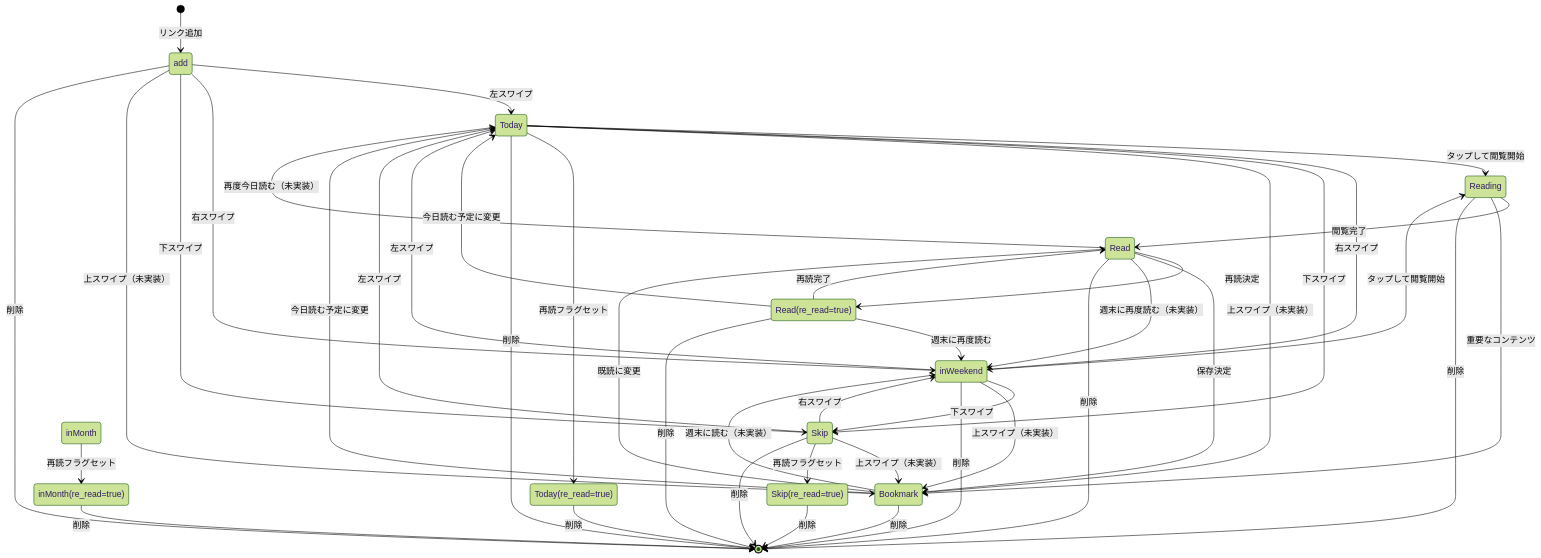
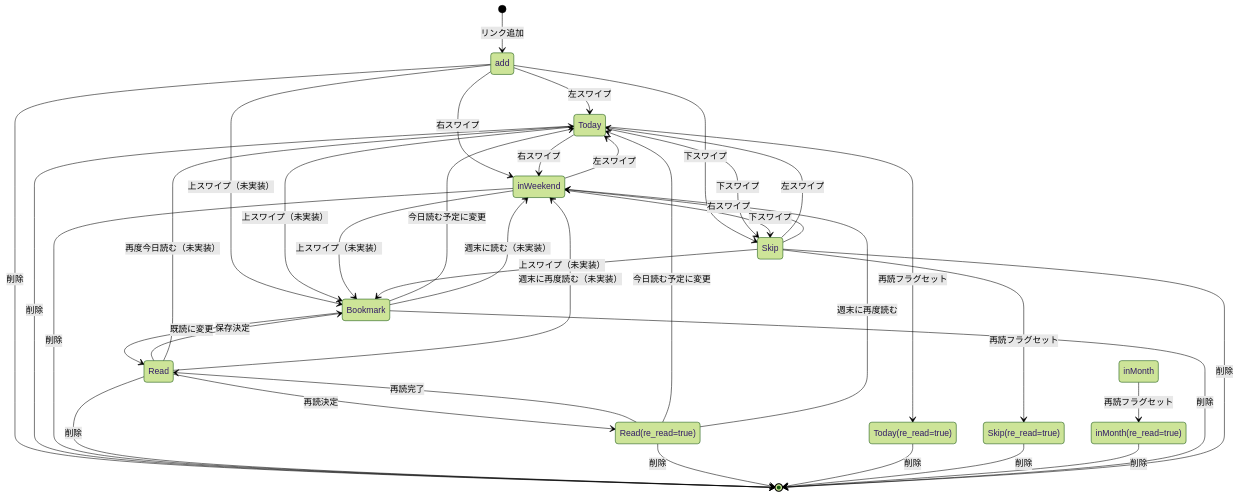
One commit to sooom1627/Linpe changed the diagram in feature/links/docs/link-status-transitions.md. Above: the diagram before and after it, drawn with Mermaid (forest theme). The commit also changed other lines of this file and 9 other files, not shown here.

````diff
--- a/feature/links/docs/link-status-transitions.md
+++ b/feature/links/docs/link-status-transitions.md
@@ -59,65 +58,58 @@
 ```mermaid
 stateDiagram-v2
     [*] --> add: リンク追加
 
     %% 優先度の振り分け（スワイプ操作）
     add --> Today: 左スワイプ
     add --> inWeekend: 右スワイプ
     add --> Skip: 下スワイプ
     add --> Bookmark: 上スワイプ（未実装）
 
     %% Todayからの遷移
-    Today --> Reading: タップして閲覧開始
     Today --> inWeekend: 右スワイプ
     Today --> Skip: 下スワイプ
     Today --> Bookmark: 上スワイプ（未実装）
 
     %% inWeekendからの遷移
     inWeekend --> Today: 左スワイプ
     inWeekend --> Skip: 下スワイプ
     inWeekend --> Bookmark: 上スワイプ（未実装）
-    inWeekend --> Reading: タップして閲覧開始
 
     %% Skipからの遷移
     Skip --> Today: 左スワイプ
     Skip --> inWeekend: 右スワイプ
     Skip --> Bookmark: 上スワイプ（未実装）
-
-    %% 読書状態の遷移
-    Reading --> Read: 閲覧完了
-    Reading --> Bookmark: 重要なコンテンツ
 
     %% 読了後の遷移
     Read --> Read(re_read=true): 再読決定
     Read --> Bookmark: 保存決定
     Read --> Today: 再度今日読む（未実装）
     Read --> inWeekend: 週末に再度読む（未実装）
 
     %% 再読関連の遷移
     Read(re_read=true) --> Read: 再読完了
     Read(re_read=true) --> Today: 今日読む予定に変更
     Read(re_read=true) --> inWeekend: 週末に再度読む
 
     %% 他のステータスにre_read=trueを設定
     Today --> Today(re_read=true): 再読フラグセット
     Skip --> Skip(re_read=true): 再読フラグセット
     inMonth --> inMonth(re_read=true): 再読フラグセット
 
     %% ブックマークからの遷移
     Bookmark --> Read: 既読に変更
     Bookmark --> Today: 今日読む予定に変更
     Bookmark --> inWeekend: 週末に読む（未実装）
 
     %% どのステータスからも削除可能
     add --> [*]: 削除
     Today --> [*]: 削除
     inWeekend --> [*]: 削除
-    Reading --> [*]: 削除
     Read --> [*]: 削除
     Read(re_read=true) --> [*]: 削除
     Today(re_read=true) --> [*]: 削除
     Skip(re_read=true) --> [*]: 削除
     inMonth(re_read=true) --> [*]: 削除
     Bookmark --> [*]: 削除
     Skip --> [*]: 削除
 ```
````
